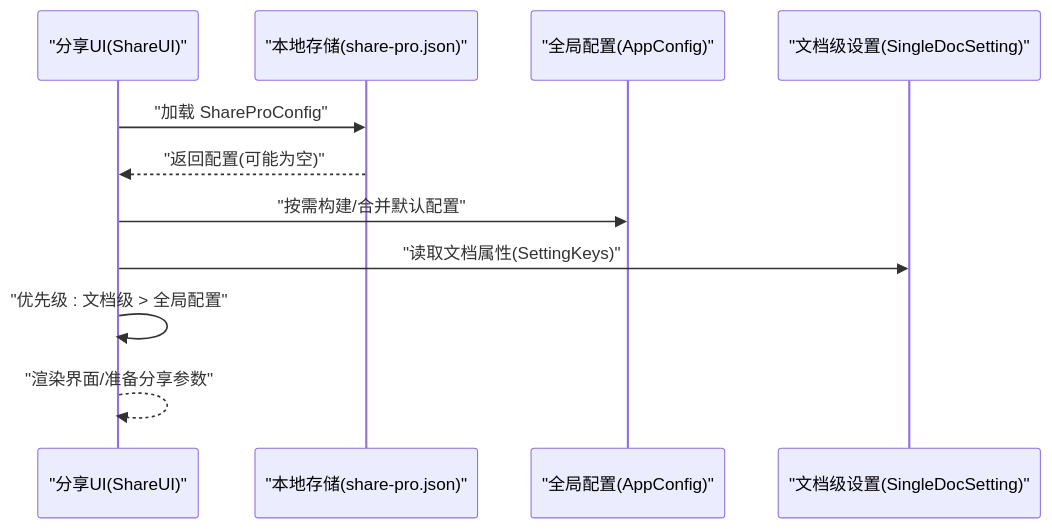
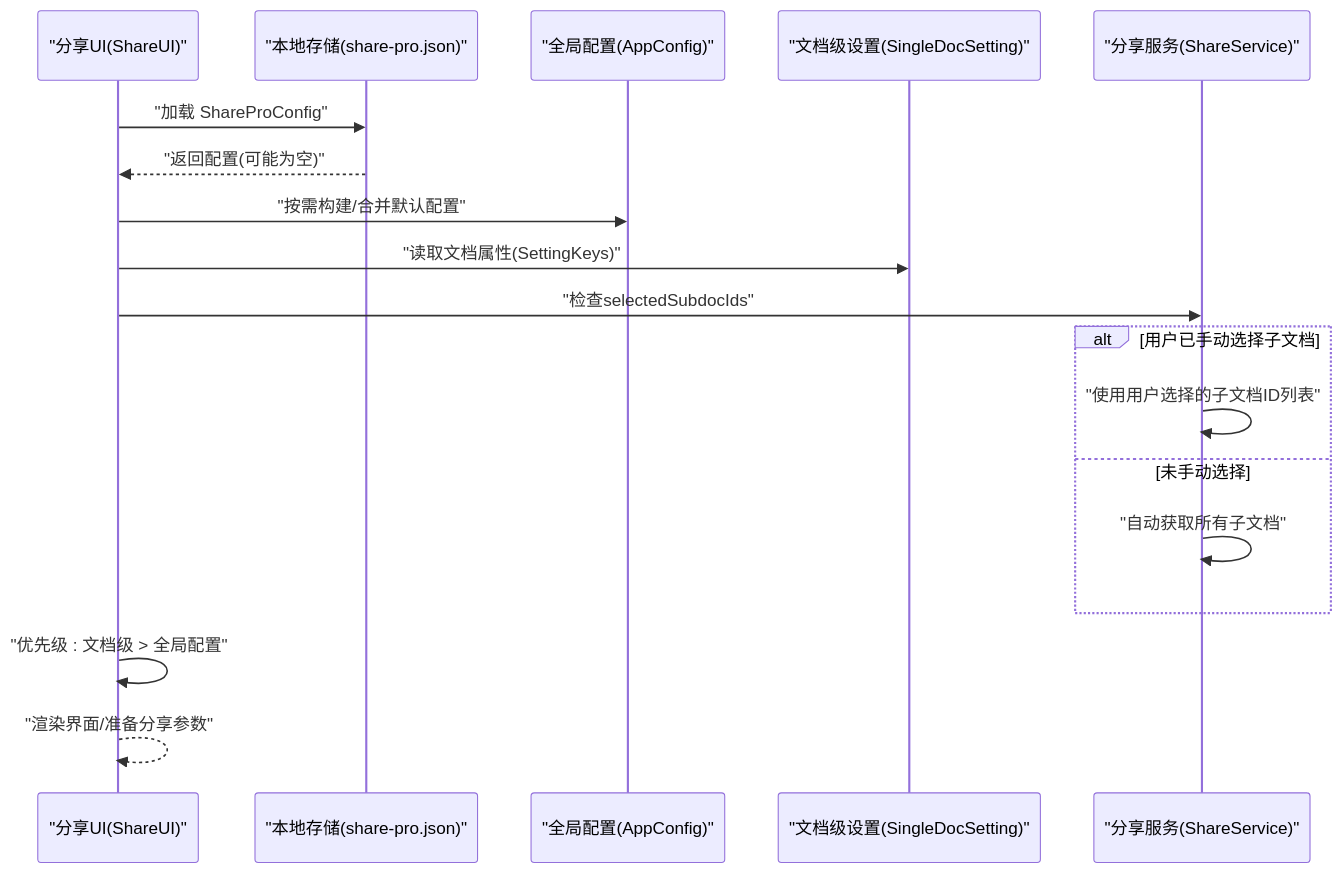
One commit to terwerinc/siyuan-plugin-share-pro changed the third of 4 diagrams in .qoder/repowiki/zh/content/数据模型/配置模型.md. Above: the diagram before and after it, drawn with Mermaid. The commit also changed other lines of this file and 10 other files, not shown here.

````diff
--- a/.qoder/repowiki/zh/content/数据模型/配置模型.md
+++ b/.qoder/repowiki/zh/content/数据模型/配置模型.md
@@ -294,13 +343,20 @@
 ```mermaid
 sequenceDiagram
 participant UI as "分享UI(ShareUI)"
 participant Store as "本地存储(share-pro.json)"
 participant Global as "全局配置(AppConfig)"
 participant Doc as "文档级设置(SingleDocSetting)"
+participant Service as "分享服务(ShareService)"
 UI->>Store : "加载 ShareProConfig"
 Store-->>UI : "返回配置(可能为空)"
 UI->>Global : "按需构建/合并默认配置"
 UI->>Doc : "读取文档属性(SettingKeys)"
+UI->>Service : "检查selectedSubdocIds"
+alt 用户已手动选择子文档
+Service->>Service : "使用用户选择的子文档ID列表"
+else 未手动选择
+Service->>Service : "自动获取所有子文档"
+end
 UI->>UI : "优先级 : 文档级 > 全局配置"
 UI-->>UI : "渲染界面/准备分享参数"
 ```
````
